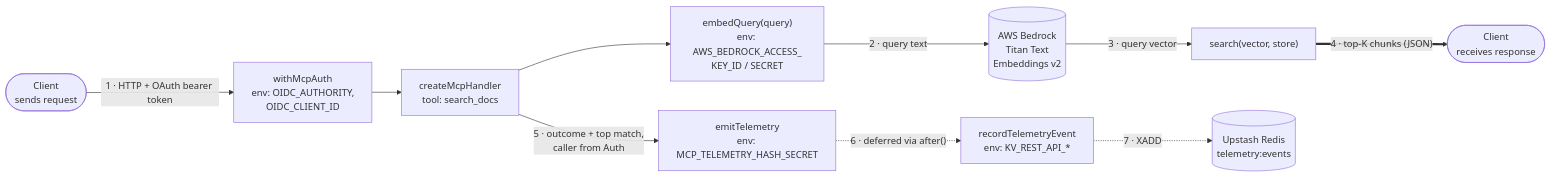
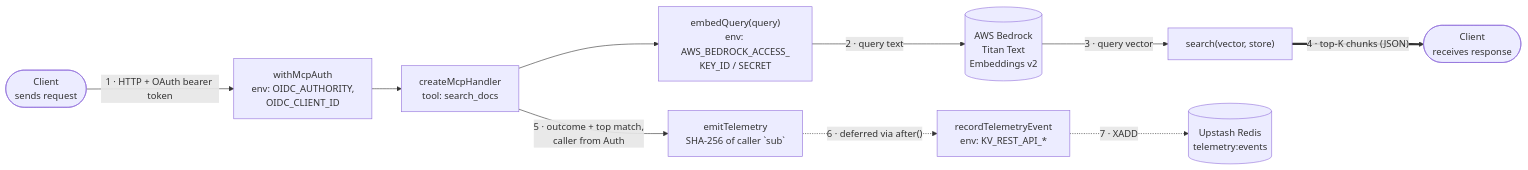
One commit to marigold-ui/marigold changed the first of 2 diagrams in docs/app/mcp/README.md. Above: the diagram before and after it, drawn with Mermaid. The commit also changed other lines of this file and 8 other files, not shown here.

````diff
--- a/docs/app/mcp/README.md
+++ b/docs/app/mcp/README.md
@@ -9,22 +9,22 @@
 ```mermaid
 flowchart LR
     ClientOut(["Client<br/>sends request"])
     Auth["withMcpAuth<br/>env: OIDC_AUTHORITY,<br/>OIDC_CLIENT_ID"]
     Handler["createMcpHandler<br/>tool: search_docs"]
     Embed["embedQuery(query)<br/>env: AWS_BEDROCK_ACCESS_<br/>KEY_ID / SECRET"]
     Bedrock[("AWS Bedrock<br/>Titan Text<br/>Embeddings v2")]
     Search["search(vector, store)"]
     ClientIn(["Client<br/>receives response"])
-    Emit["emitTelemetry<br/>env: MCP_TELEMETRY_HASH_SECRET"]
+    Emit["emitTelemetry<br/>SHA-256 of caller `sub`"]
     Record["recordTelemetryEvent<br/>env: KV_REST_API_*"]
     Redis[("Upstash Redis<br/>telemetry:events")]
 
     ClientOut -- "1 · HTTP + OAuth bearer token" --> Auth
     Auth --> Handler --> Embed
     Embed -- "2 · query text" --> Bedrock
     Bedrock -- "3 · query vector" --> Search
     Search == "4 · top-K chunks (JSON)" ==> ClientIn
     Handler -- "5 · outcome + top match,<br/>caller from Auth" --> Emit
     Emit -. "6 · deferred via after()" .-> Record
     Record -. "7 · XADD" .-> Redis
 ```
````
